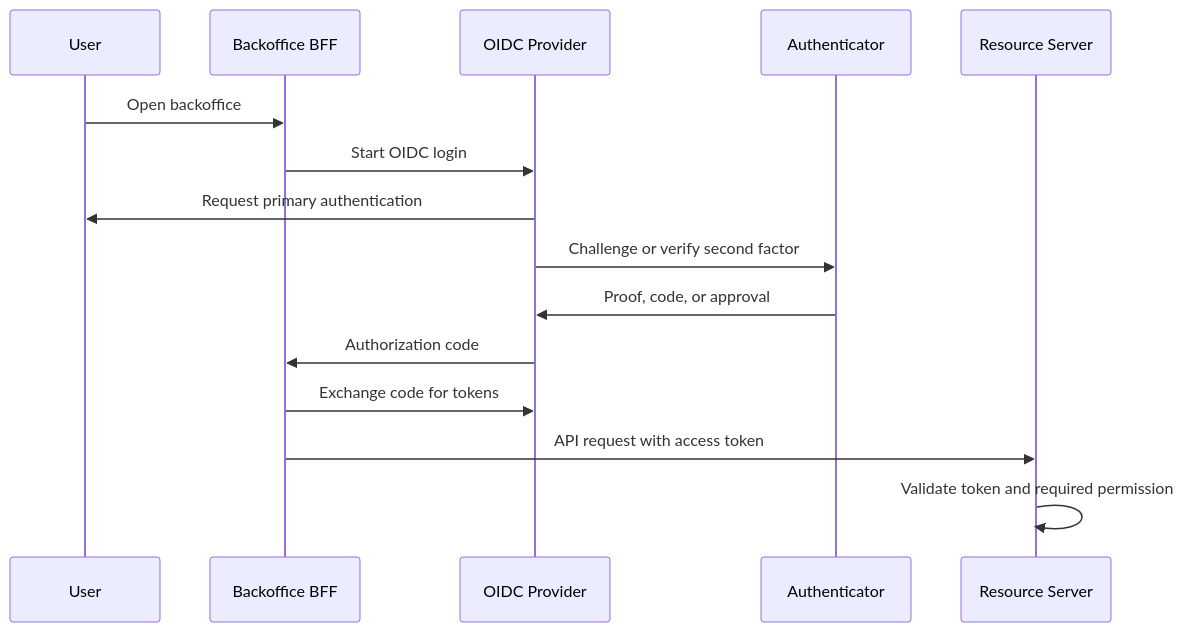
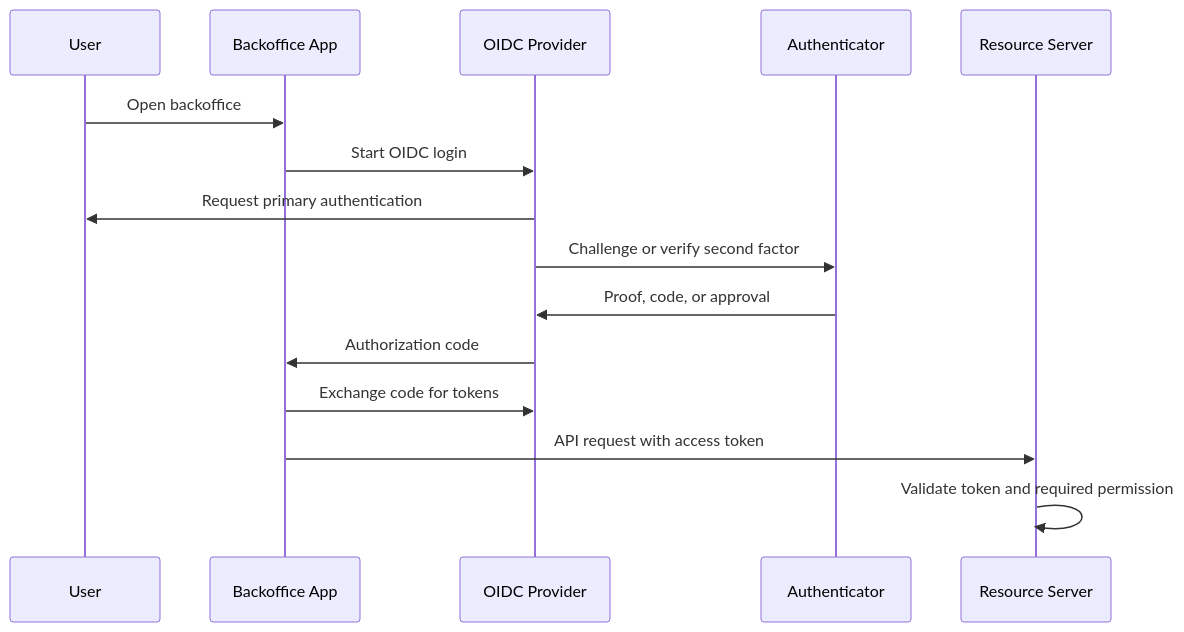
Before and after one commit to panaC/edrlab-backoffice-auth-study: the diagram in docs/wiki/11-mfa-2fa-passwordless-and-otp.md, drawn with Mermaid. The commit also changed other lines of this file and 29 other files, not shown here.

````diff
--- a/docs/wiki/11-mfa-2fa-passwordless-and-otp.md
+++ b/docs/wiki/11-mfa-2fa-passwordless-and-otp.md
@@ -78,18 +78,18 @@
 ```mermaid
 sequenceDiagram
     participant User
-    participant BFF as Backoffice BFF
+    participant App as Backoffice App
     participant OP as OIDC Provider
     participant Auth as Authenticator
     participant API as Resource Server
 
-    User->>BFF: Open backoffice
-    BFF->>OP: Start OIDC login
+    User->>App: Open backoffice
+    App->>OP: Start OIDC login
     OP->>User: Request primary authentication
     OP->>Auth: Challenge or verify second factor
     Auth->>OP: Proof, code, or approval
-    OP->>BFF: Authorization code
-    BFF->>OP: Exchange code for tokens
-    BFF->>API: API request with access token
+    OP->>App: Authorization code
+    App->>OP: Exchange code for tokens
+    App->>API: API request with access token
     API->>API: Validate token and required permission
 ```
````
